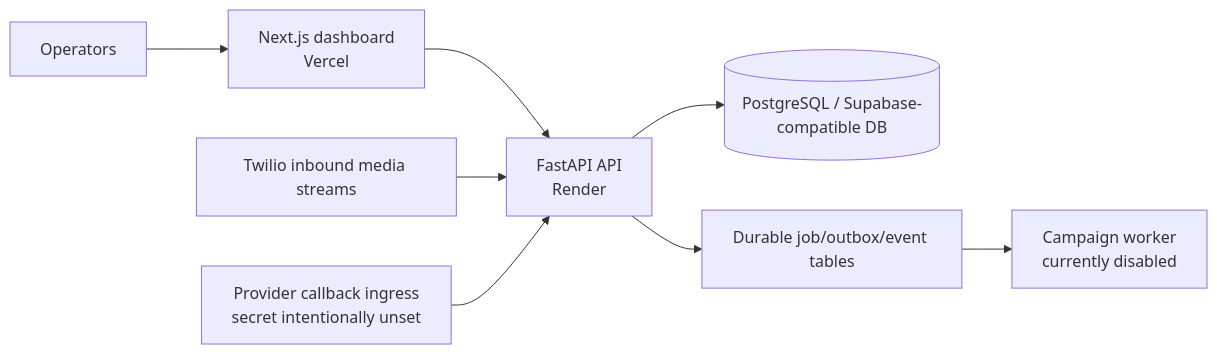
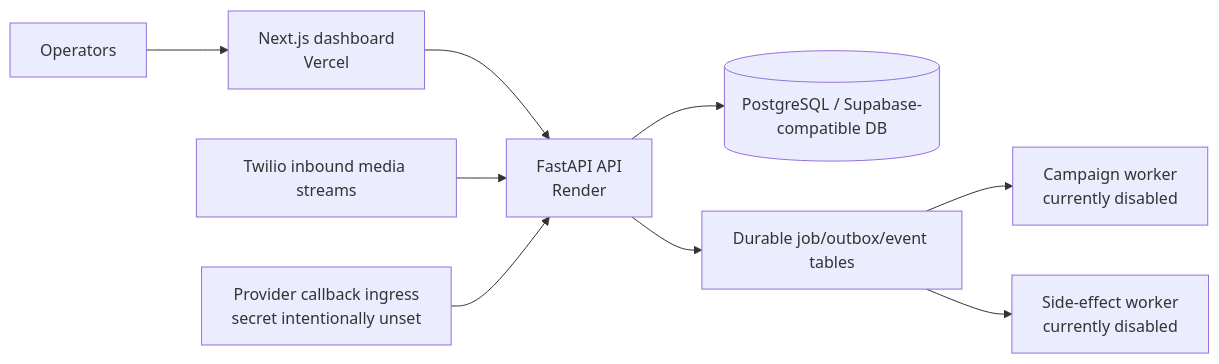
Before and after one commit to jeevesh2515/voxflow-voice-agent: the diagram in SETUP.md, drawn with Mermaid. The commit also changed other lines of this file and 29 other files, not shown here.

Commit message:
feat: add typed durable side-effect jobs

````diff
--- a/SETUP.md
+++ b/SETUP.md
@@ -9,11 +9,12 @@
 ```mermaid
 flowchart LR
     U[Operators] --> W[Next.js dashboard\nVercel]
     W --> A[FastAPI API\nRender]
     T[Twilio inbound media streams] --> A
     A --> P[(PostgreSQL / Supabase-compatible DB)]
     A --> J[Durable job/outbox/event tables]
     J --> CW[Campaign worker\ncurrently disabled]
+    J --> SW[Side-effect worker\ncurrently disabled]
     PC[Provider callback ingress\nsecret intentionally unset] --> A
 
 ```
````
